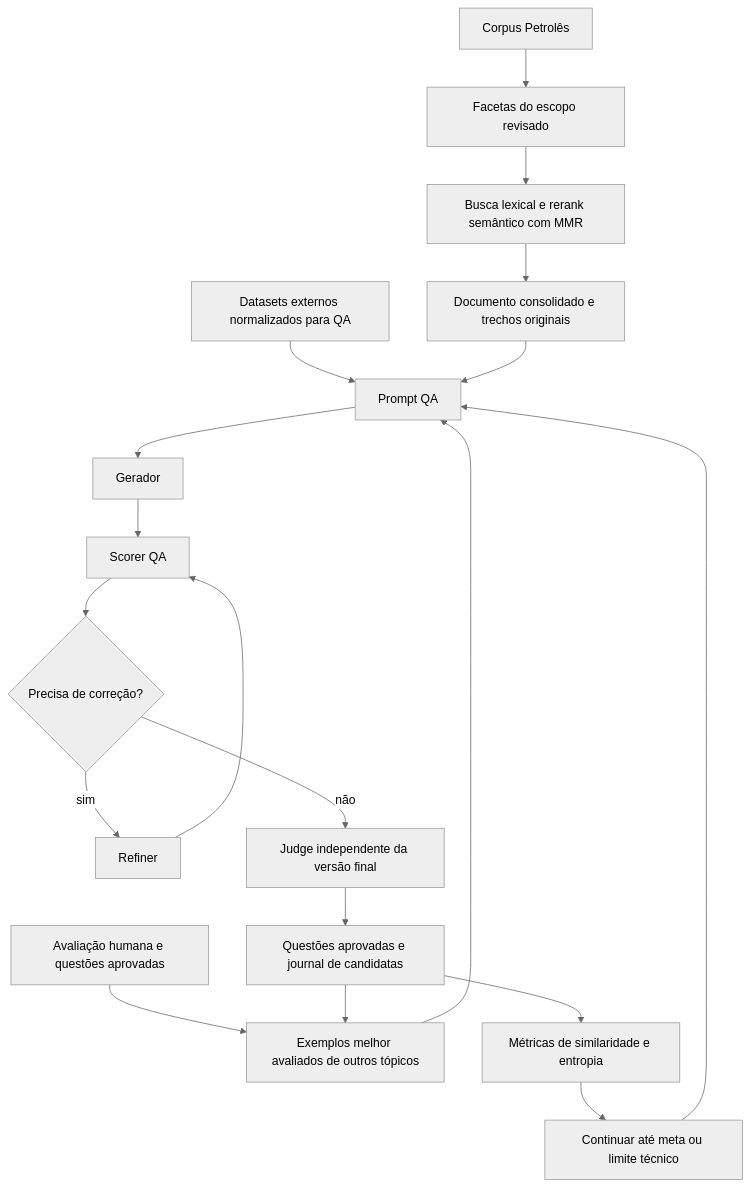
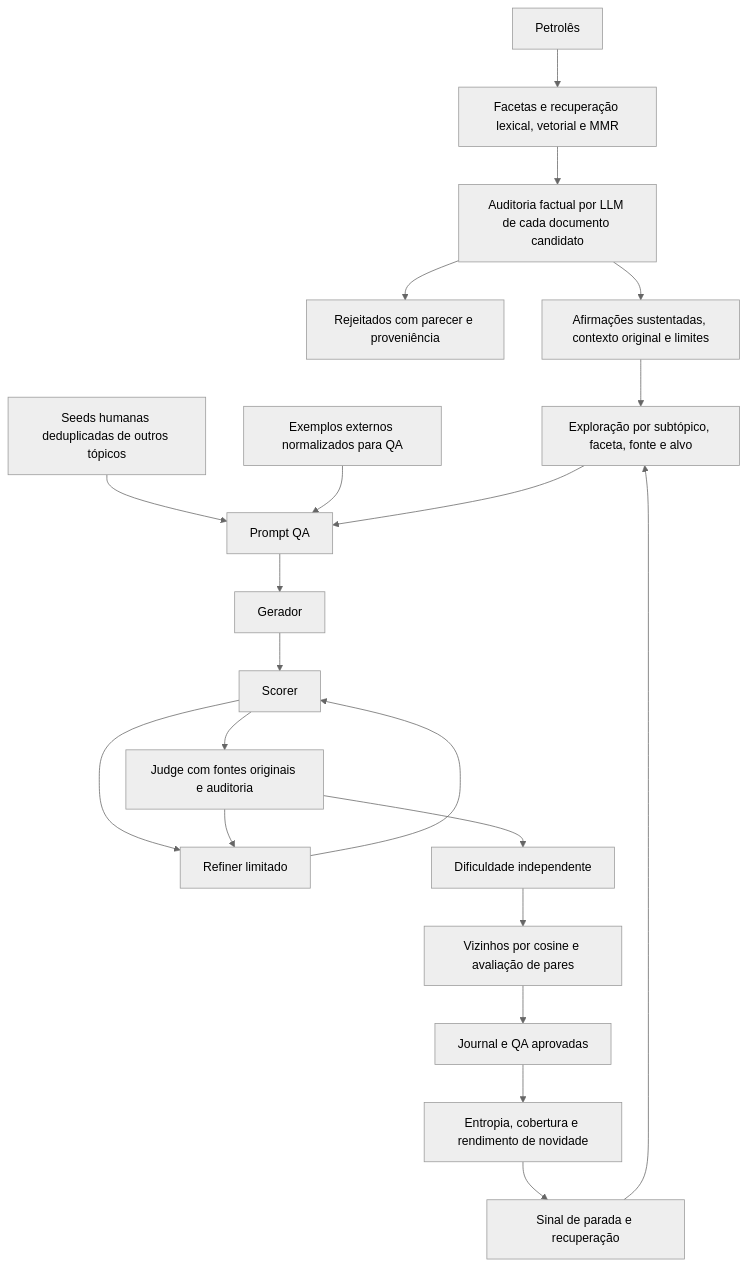
The diagram in pipeline/fase_4/README.md (RodrigoFlexa/MCQ_CONTEXT_GEN), drawn with Mermaid (neutral theme) before and after one commit. The commit also changed other lines of this file and 33 other files, not shown here.

````diff
--- a/pipeline/fase_4/README.md
+++ b/pipeline/fase_4/README.md
@@ -5,21 +9,23 @@
 ```mermaid
 flowchart TD
-    C[Corpus Petrolês] --> F[Facetas do escopo revisado]
-    F --> R[Busca lexical e rerank semântico com MMR]
-    R --> D[Documento consolidado e trechos originais]
-    H[Avaliação humana e questões aprovadas] --> E[Exemplos melhor avaliados de outros tópicos]
-    X[Datasets externos normalizados para QA] --> P[Prompt QA]
+    C[Petrolês] --> F[Facetas e recuperação lexical, vetorial e MMR]
+    F --> A[Auditoria factual por LLM de cada documento candidato]
+    A --> B[Rejeitados com parecer e proveniência]
+    A --> D[Afirmações sustentadas, contexto original e limites]
+    D --> E[Exploração por subtópico, faceta, fonte e alvo]
+    H[Seeds humanas deduplicadas de outros tópicos] --> P[Prompt QA]
+    X[Exemplos externos normalizados para QA] --> P
     E --> P
-    D --> P
     P --> G[Gerador]
-    G --> S[Scorer QA]
-    S --> K{Precisa de correção?}
-    K -- sim --> RF[Refiner]
-    RF --> S
-    K -- não --> J[Judge independente da versão final]
-    J --> Q[Questões aprovadas e journal de candidatas]
-    Q --> E
-    Q --> M[Métricas de similaridade e entropia]
-    M --> L[Continuar até meta ou limite técnico]
-    L --> P
+    G --> S[Scorer]
+    S --> R[Refiner limitado]
+    R --> S
+    S --> J[Judge com fontes originais e auditoria]
+    J --> R
+    J --> Q[Dificuldade independente]
+    Q --> N[Vizinhos por cosine e avaliação de pares]
+    N --> O[Journal e QA aprovadas]
+    O --> M[Entropia, cobertura e rendimento de novidade]
+    M --> T[Sinal de parada e recuperação]
+    T --> E
 ```
````
